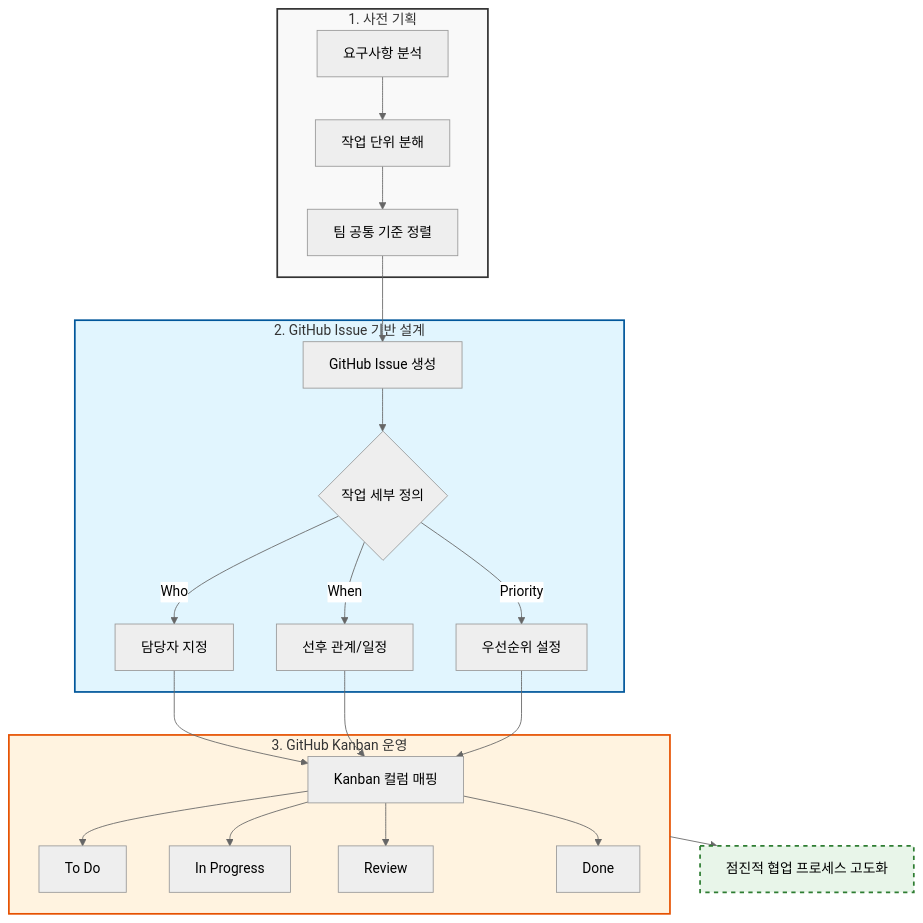
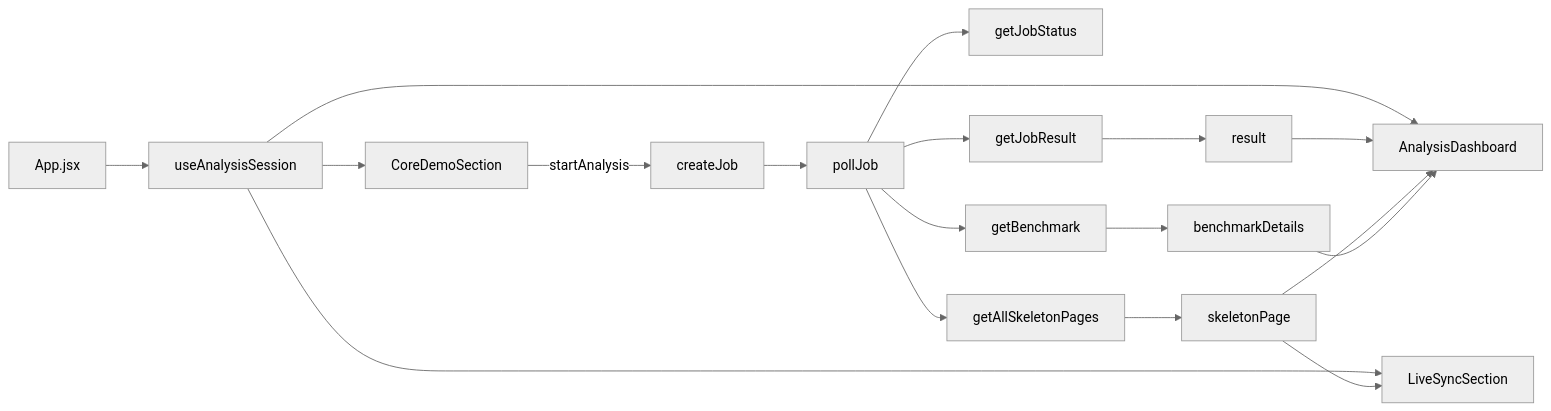
The first of 2 diagrams in README.md (jiwon0820/frontend-forked), drawn with Mermaid (neutral theme) before and after one commit. The commit also changed other lines of this file and 8 other files, not shown here.

````diff
--- a/README.md
+++ b/README.md
@@ -23,30 +40,24 @@
 ```mermaid
-graph TD
-    subgraph Phase1 [1. 사전 기획]
-        A[요구사항 분석] --> B[작업 단위 분해]
-        B --> C[팀 공통 기준 정렬]
-    end
+flowchart LR
+    A[App.jsx] --> B[useAnalysisSession]
 
-    subgraph Phase2 [2. GitHub Issue 기반 설계]
-        C --> D[GitHub Issue 생성]
-        D --> E{작업 세부 정의}
-        E -->|Who| E1[담당자 지정]
-        E -->|When| E2[선후 관계/일정]
-        E -->|Priority| E3[우선순위 설정]
-    end
+    B --> C[CoreDemoSection]
+    B --> D[LiveSyncSection]
+    B --> E[AnalysisDashboard]
 
-    subgraph Phase3 [3. GitHub Kanban 운영]
-        E1 & E2 & E3 --> F[Kanban 컬럼 매핑]
-        F --> G1[To Do]
-        F --> G2[In Progress]
-        F --> G3[Review]
-        F --> G4[Done]
-    end
+    C -->|startAnalysis| F[createJob]
+    F --> G[pollJob]
+    G --> H[getJobStatus]
+    G --> I[getJobResult]
+    G --> J[getAllSkeletonPages]
+    G --> K[getBenchmark]
 
-    Phase3 --> H[점진적 협업 프로세스 고도화]
+    I --> L[result]
+    J --> M[skeletonPage]
+    K --> N[benchmarkDetails]
 
-    style Phase1 fill:#f9f9f9,stroke:#333,stroke-width:2px
-    style Phase2 fill:#e1f5fe,stroke:#01579b,stroke-width:2px
-    style Phase3 fill:#fff3e0,stroke:#e65100,stroke-width:2px
-    style H fill:#e8f5e9,stroke:#2e7d32,stroke-width:2px,stroke-dasharray: 5 5
+    L --> E
+    M --> D
+    M --> E
+    N --> E
 ```
````
